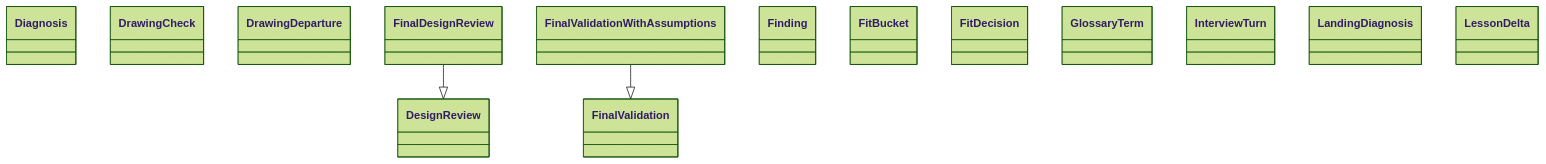
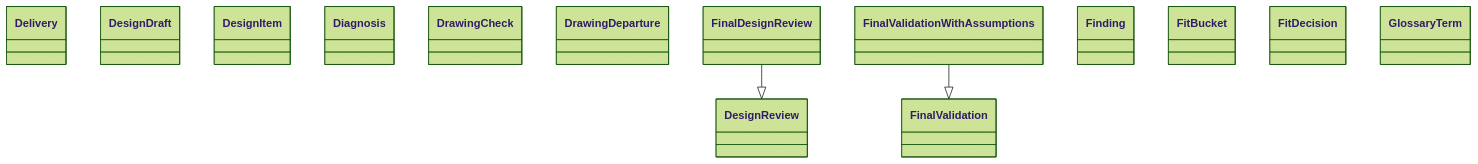
One commit to GonzaloZevallos/agentic-system changed the diagram in docs/architecture/generated/classes-process-domain-roles-3.md. Above: the diagram before and after it, drawn with Mermaid (forest theme). The commit also changed other lines of this file and 4 other files, not shown here.

Commit message:
Regenerate the class diagrams for PrototypeListing, Resolved and Refused

````diff
--- a/docs/architecture/generated/classes-process-domain-roles-3.md
+++ b/docs/architecture/generated/classes-process-domain-roles-3.md
@@ -32,19 +32,19 @@
 ```mermaid
 classDiagram
+    class schemas__Delivery["Delivery"]
+    class schemas__DesignDraft["DesignDraft"]
+    class schemas__DesignItem["DesignItem"]
     class schemas__DesignReview["DesignReview"]
     class schemas__Diagnosis["Diagnosis"]
     class schemas__DrawingCheck["DrawingCheck"]
     class schemas__DrawingDeparture["DrawingDeparture"]
     class schemas__FinalDesignReview["FinalDesignReview"]
     class schemas__FinalValidation["FinalValidation"]
     class schemas__FinalValidationWithAssumptions["FinalValidationWithAssumptions"]
     class schemas__Finding["Finding"]
     class schemas__FitBucket["FitBucket"]
     class schemas__FitDecision["FitDecision"]
     class schemas__GlossaryTerm["GlossaryTerm"]
-    class schemas__InterviewTurn["InterviewTurn"]
-    class schemas__LandingDiagnosis["LandingDiagnosis"]
-    class schemas__LessonDelta["LessonDelta"]
     schemas__FinalDesignReview --|> schemas__DesignReview
     schemas__FinalValidationWithAssumptions --|> schemas__FinalValidation
 ```
````
